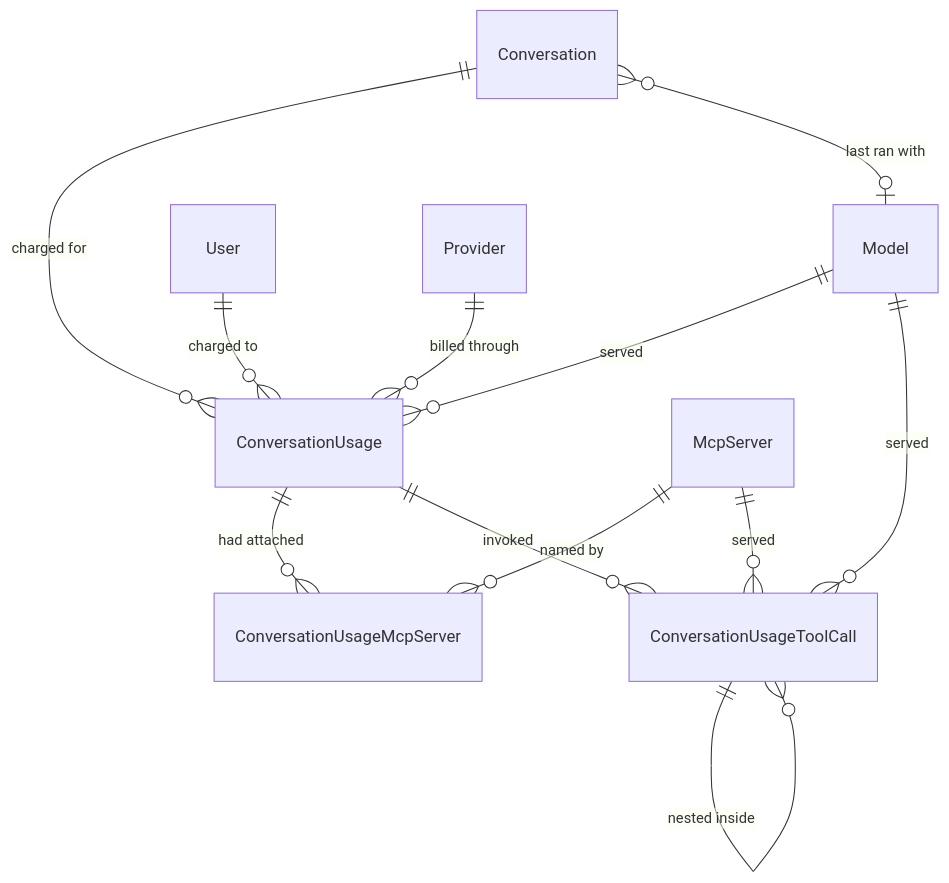
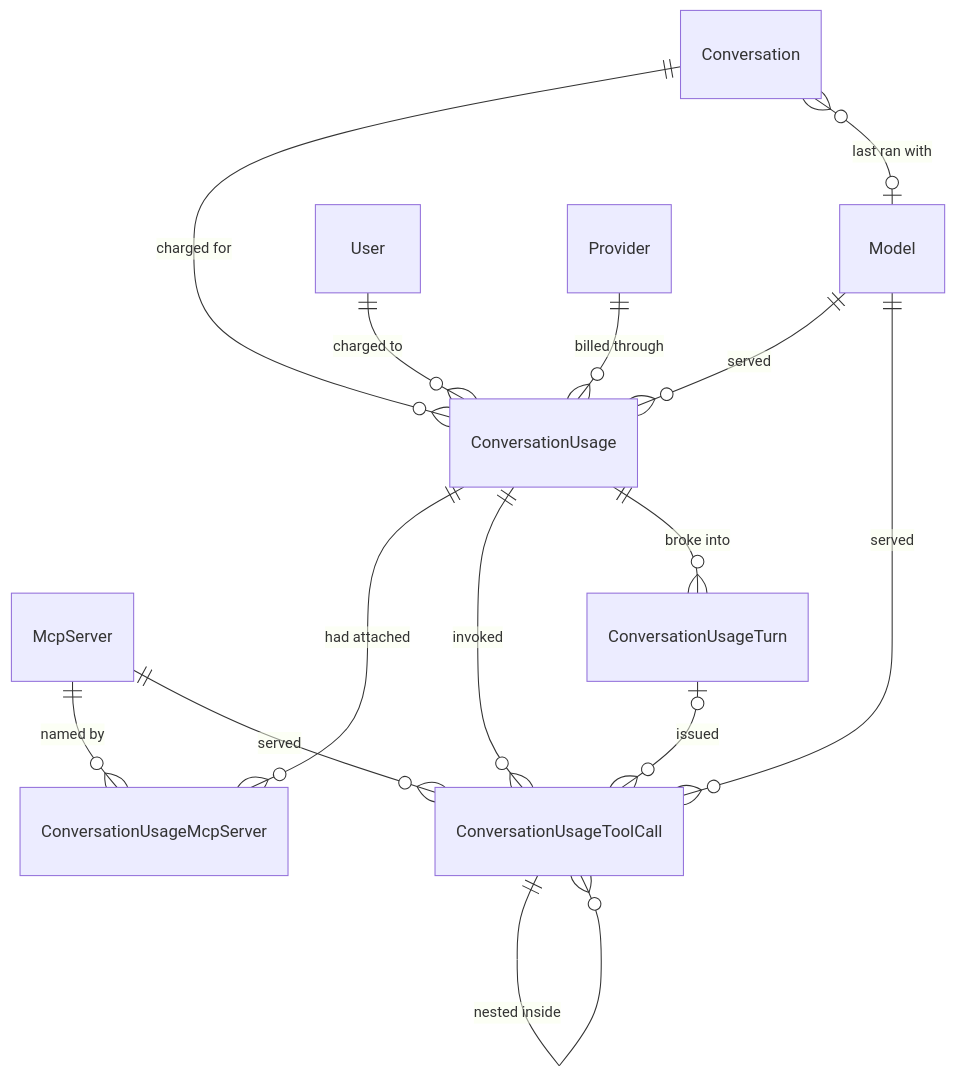
Before and after one commit to RorroRojas3/enterprise-gpt: the diagram in docs/conversations/usage-and-favorites.md, drawn with Mermaid. The commit also changed other lines of this file and 38 other files, not shown here.

First line of the commit message:
Enhance ConversationUsage tracking and format activity labels (#110)

````diff
--- a/docs/conversations/usage-and-favorites.md
+++ b/docs/conversations/usage-and-favorites.md
@@ -26,14 +28,16 @@
 ```mermaid
 erDiagram
     Conversation ||--o{ ConversationUsage : "charged for"
     Conversation }o--o| Model : "last ran with"
     User ||--o{ ConversationUsage : "charged to"
     Model ||--o{ ConversationUsage : "served"
     Provider ||--o{ ConversationUsage : "billed through"
     ConversationUsage ||--o{ ConversationUsageMcpServer : "had attached"
     McpServer ||--o{ ConversationUsageMcpServer : "named by"
     ConversationUsage ||--o{ ConversationUsageToolCall : "invoked"
+    ConversationUsage ||--o{ ConversationUsageTurn : "broke into"
+    ConversationUsageTurn |o--o{ ConversationUsageToolCall : "issued"
     ConversationUsageToolCall ||--o{ ConversationUsageToolCall : "nested inside"
     McpServer ||--o{ ConversationUsageToolCall : "served"
     Model ||--o{ ConversationUsageToolCall : "served"
 ```
````
